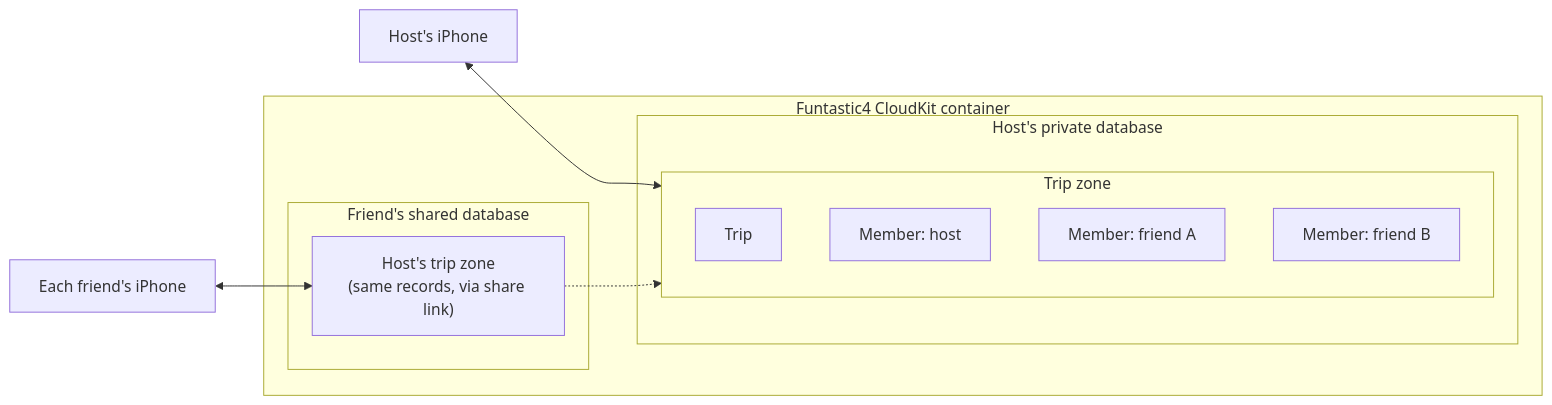
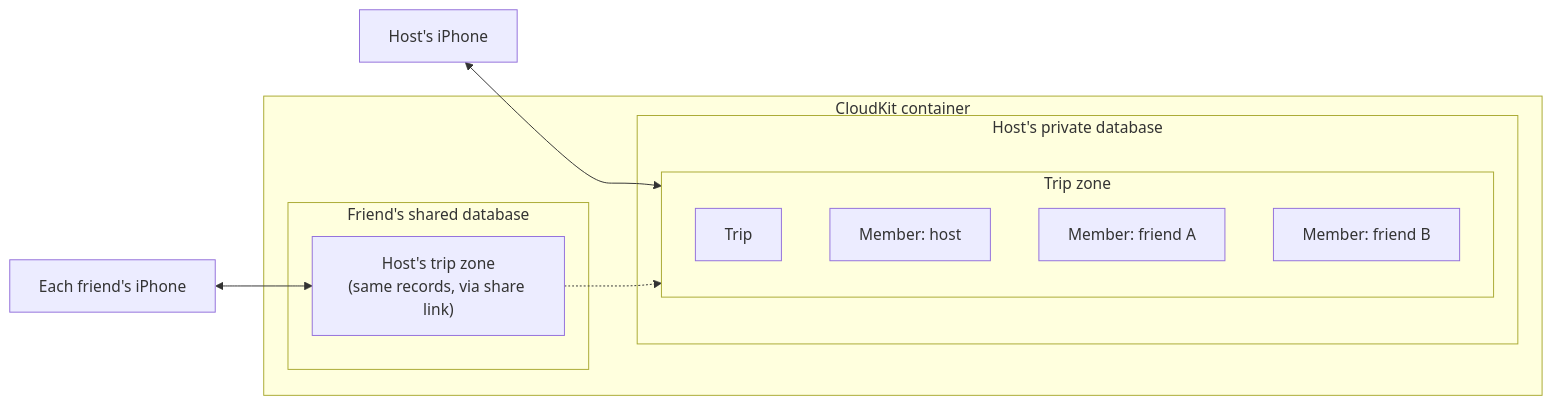
The third of 3 diagrams in README.md (hardytee1/Funtastic4), drawn with Mermaid before and after one commit. The commit also changed other lines of this file, not shown here.

Commit message:
Shorten diagram titles so they fit

````diff
--- a/README.md
+++ b/README.md
@@ -106,21 +106,21 @@
 ```mermaid
 flowchart LR
     host["Host's iPhone"]
     friend["Each friend's iPhone"]
-    subgraph container["Funtastic4 CloudKit container"]
+    subgraph container["CloudKit container"]
         subgraph privDB["Host's private database"]
             subgraph zone["Trip zone"]
                 trip["Trip"]
                 mHost["Member: host"]
                 mA["Member: friend A"]
                 mB["Member: friend B"]
             end
         end
         subgraph sharedDB["Friend's shared database"]
             ref["Host's trip zone<br/>(same records, via share link)"]
         end
     end
     host <--> zone
     friend <--> ref
     ref -.-> zone
 ```
````
